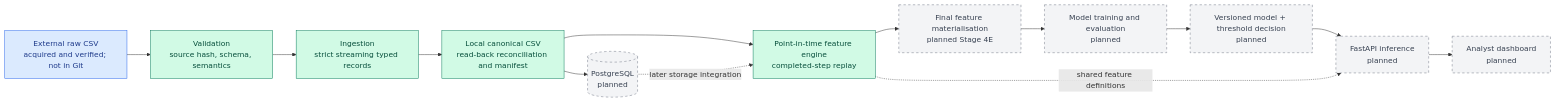
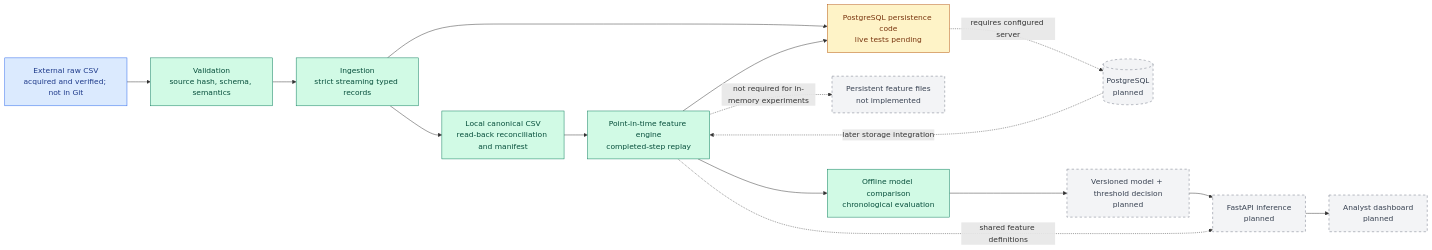
Before and after one commit to Riad905/TransactionShield: the diagram in docs/architecture.md, drawn with Mermaid. The commit also changed other lines of this file and 17 other files, not shown here.

Commit message:
feat: complete PostgreSQL persistence modelling and portfolio CI

````diff
--- a/docs/architecture.md
+++ b/docs/architecture.md
@@ -5,27 +5,33 @@
 ```mermaid
 flowchart LR
     A[External raw CSV<br/>acquired and verified; not in Git]
     B[Ingestion<br/>strict streaming typed records]
     V[Validation<br/>source hash, schema, semantics]
     L[Local canonical CSV<br/>read-back reconciliation and manifest]
     C[(PostgreSQL<br/>planned)]
+    P[PostgreSQL persistence code<br/>live tests pending]
     D[Point-in-time feature engine<br/>completed-step replay]
-    M[Final feature materialisation<br/>planned Stage 4E]
-    E[Model training and evaluation<br/>planned]
+    M[Persistent feature files<br/>not implemented]
+    E[Offline model comparison<br/>chronological evaluation]
     F[Versioned model + threshold decision<br/>planned]
     G[FastAPI inference<br/>planned]
     H[Analyst dashboard<br/>planned]
 
     A --> V --> B --> L
-    L --> D --> M --> E --> F --> G --> H
-    L --> C
+    L --> D --> E --> F --> G --> H
+    D -. not required for in-memory experiments .-> M
+    B --> P
+    D --> P
+    P -. requires configured server .-> C
     C -. later storage integration .-> D
     D -. shared feature definitions .-> G
 
     classDef implemented fill:#d1fae5,stroke:#047857,color:#064e3b;
     classDef future fill:#f3f4f6,stroke:#6b7280,color:#374151,stroke-dasharray: 5 5;
     classDef external fill:#dbeafe,stroke:#2563eb,color:#1e3a8a;
-    class B,V,L,D implemented;
-    class C,M,E,F,G,H future;
+    classDef pending fill:#fef3c7,stroke:#b45309,color:#78350f;
+    class B,V,L,D,E implemented;
+    class C,M,F,G,H future;
     class A external;
+    class P pending;
 ```
````
